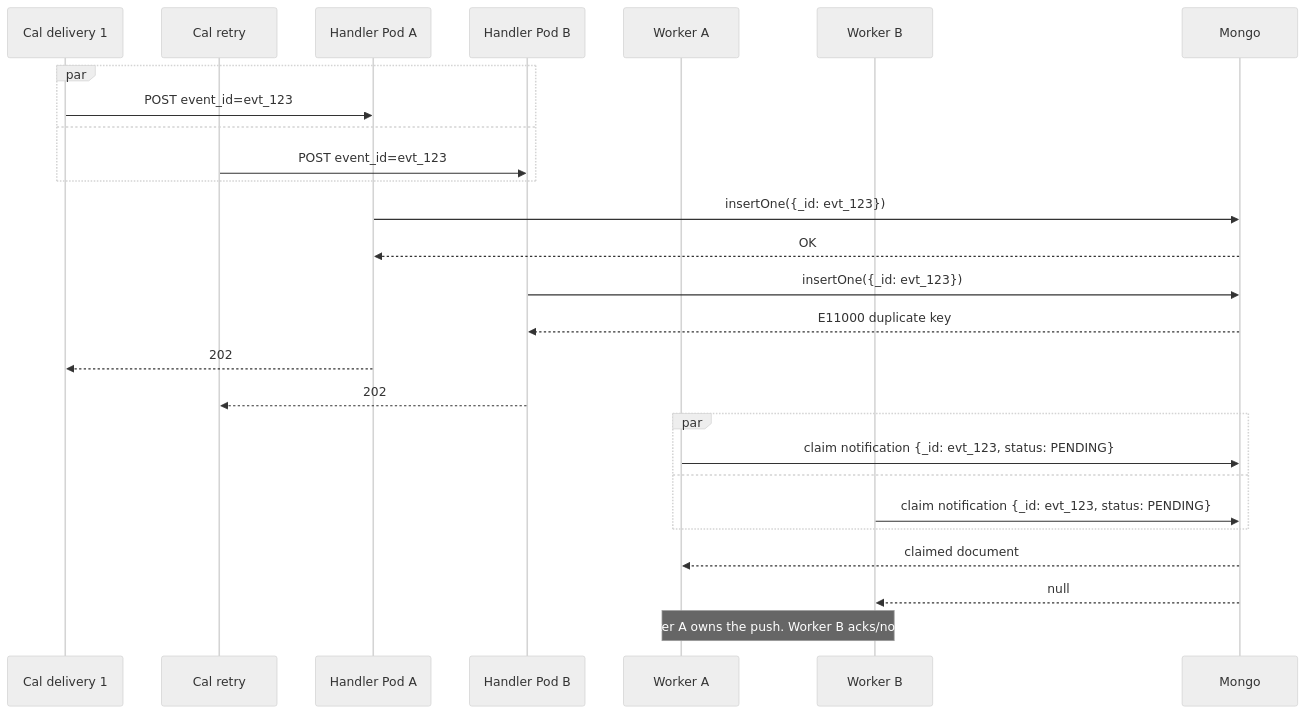
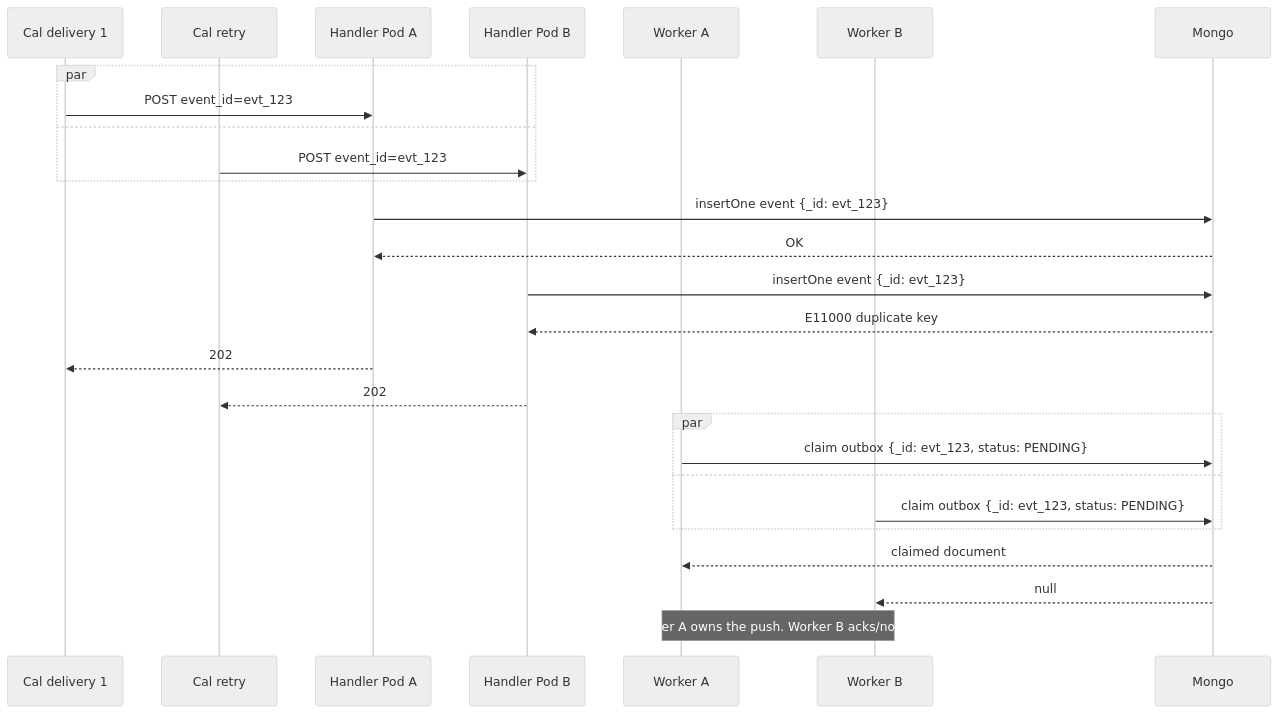
The third of 3 diagrams in architecture.md (YoniRipp/TravelIO-arch), drawn with Mermaid (neutral theme) before and after one commit. The commit also changed other lines of this file and 1 other file, not shown here.

````diff
--- a/architecture.md
+++ b/architecture.md
@@ -94,33 +97,33 @@
 ```mermaid
 sequenceDiagram
     participant CalA as Cal delivery 1
     participant CalB as Cal retry
     participant PodA as Handler Pod A
     participant PodB as Handler Pod B
     participant WorkerA as Worker A
     participant WorkerB as Worker B
     participant Mongo
 
     par
         CalA->>PodA: POST event_id=evt_123
     and
         CalB->>PodB: POST event_id=evt_123
     end
 
-    PodA->>Mongo: insertOne({_id: evt_123})
+    PodA->>Mongo: insertOne event {_id: evt_123}
     Mongo-->>PodA: OK
-    PodB->>Mongo: insertOne({_id: evt_123})
+    PodB->>Mongo: insertOne event {_id: evt_123}
     Mongo-->>PodB: E11000 duplicate key
     PodA-->>CalA: 202
     PodB-->>CalB: 202
 
     par
-        WorkerA->>Mongo: claim notification {_id: evt_123, status: PENDING}
+        WorkerA->>Mongo: claim outbox {_id: evt_123, status: PENDING}
     and
-        WorkerB->>Mongo: claim notification {_id: evt_123, status: PENDING}
+        WorkerB->>Mongo: claim outbox {_id: evt_123, status: PENDING}
     end
 
     Mongo-->>WorkerA: claimed document
     Mongo-->>WorkerB: null
     Note over WorkerA,WorkerB: Worker A owns the push. Worker B acks/no-ops.
 ```
````
